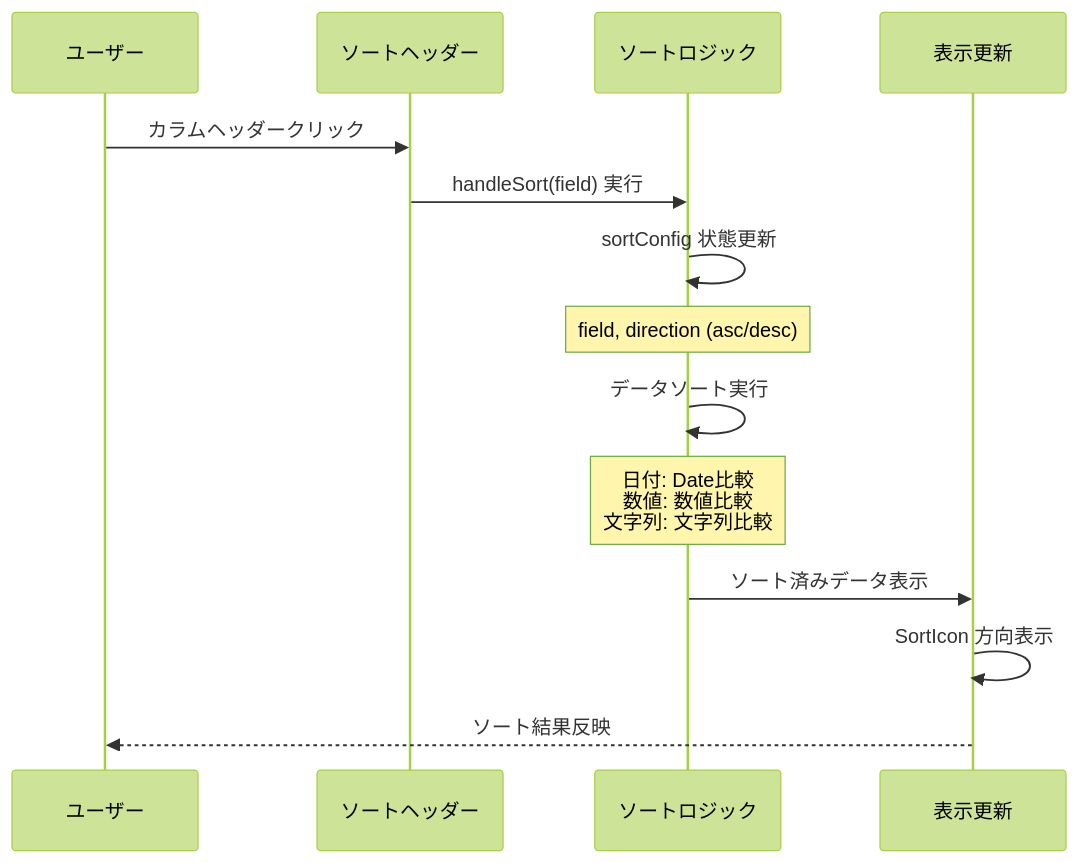
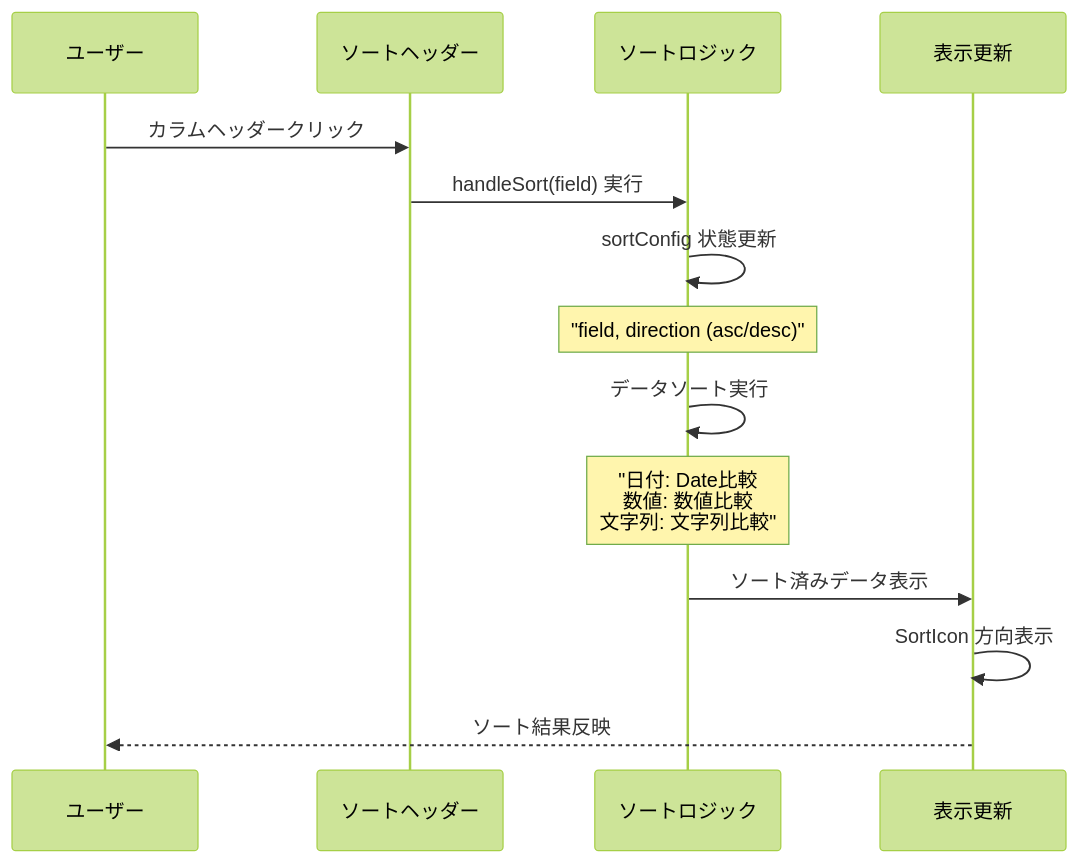
Diagram 11 of 12 in document/pages/sequence/DeliveryAdd.md (wasabi49/ocs-systemDevelopmentExercises), drawn with Mermaid (forest theme) before and after one commit. The commit also changed other lines of this file and 42 other files, not shown here.

First line of the commit message:
fix: mermaidシーケンス図のNote over文でダブルクォーテーション不足を修正

````diff
--- a/document/pages/sequence/DeliveryAdd.md
+++ b/document/pages/sequence/DeliveryAdd.md
@@ -260,20 +260,20 @@
 ```mermaid
 sequenceDiagram
     participant User as ユーザー
     participant SortHeader as ソートヘッダー
     participant SortLogic as ソートロジック
     participant Display as 表示更新
 
     User->>SortHeader: カラムヘッダークリック
     SortHeader->>SortLogic: handleSort(field) 実行
     
     SortLogic->>SortLogic: sortConfig 状態更新
-    Note over SortLogic: field, direction (asc/desc)
+    Note over SortLogic: "field, direction (asc/desc)"
     
     SortLogic->>SortLogic: データソート実行
-    Note over SortLogic: 日付: Date比較<br/>数値: 数値比較<br/>文字列: 文字列比較
+    Note over SortLogic: "日付: Date比較<br/>数値: 数値比較<br/>文字列: 文字列比較"
     
     SortLogic->>Display: ソート済みデータ表示
     Display->>Display: SortIcon 方向表示
     Display-->>User: ソート結果反映
 ```
````
